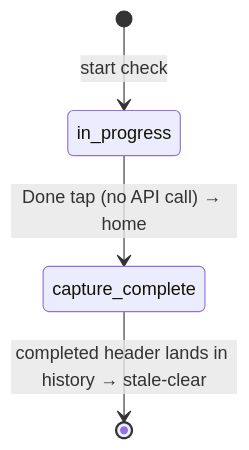
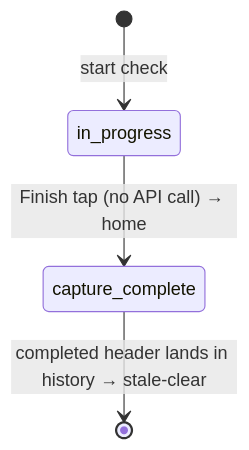
Before and after one commit to Mayor-s-Office-of-Innovation/good-neighbor-app: the fourth of 6 diagrams in docs/perimeter-check-data-flow.md, drawn with Mermaid. The commit also changed other lines of this file and 5 other files, not shown here.

````diff
--- a/docs/perimeter-check-data-flow.md
+++ b/docs/perimeter-check-data-flow.md
@@ -385,6 +414,6 @@
 ```mermaid
 stateDiagram-v2
   [*] --> in_progress: start check
-  in_progress --> capture_complete: Done tap (no API call) → home
+  in_progress --> capture_complete: Finish tap (no API call) → home
   capture_complete --> [*]: completed header lands in history → stale-clear
 ```
````
